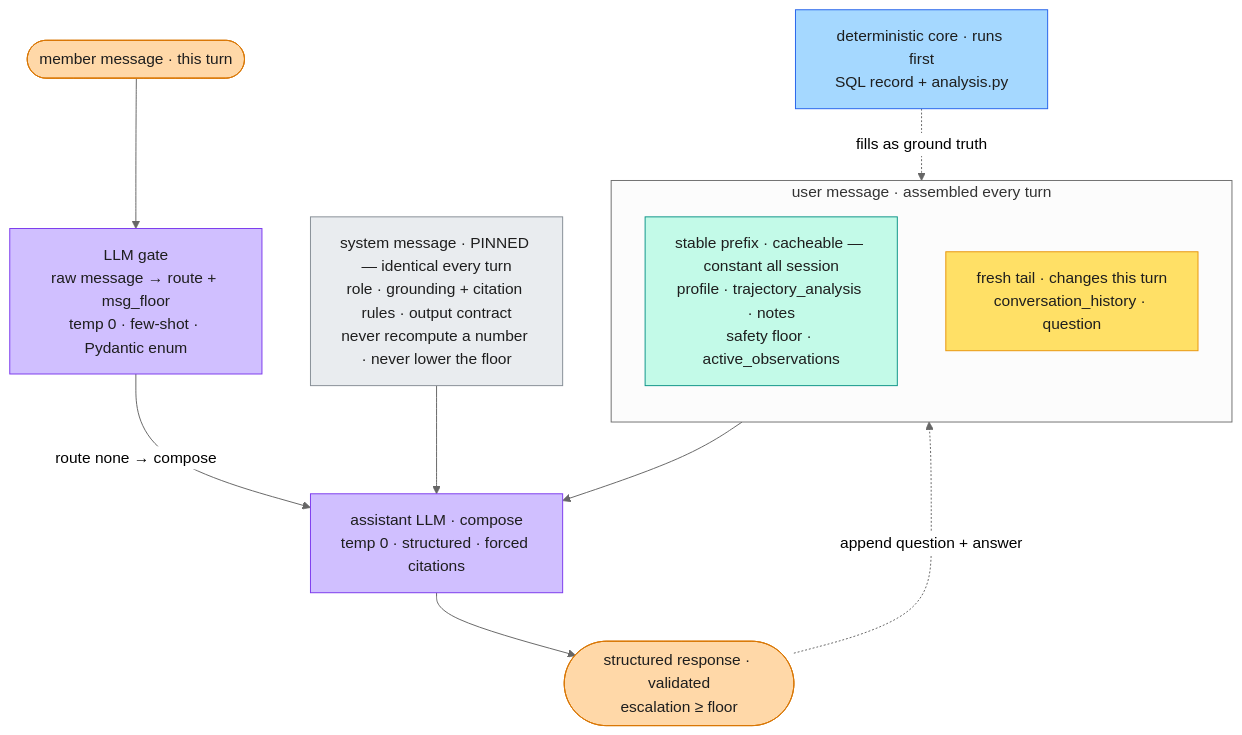
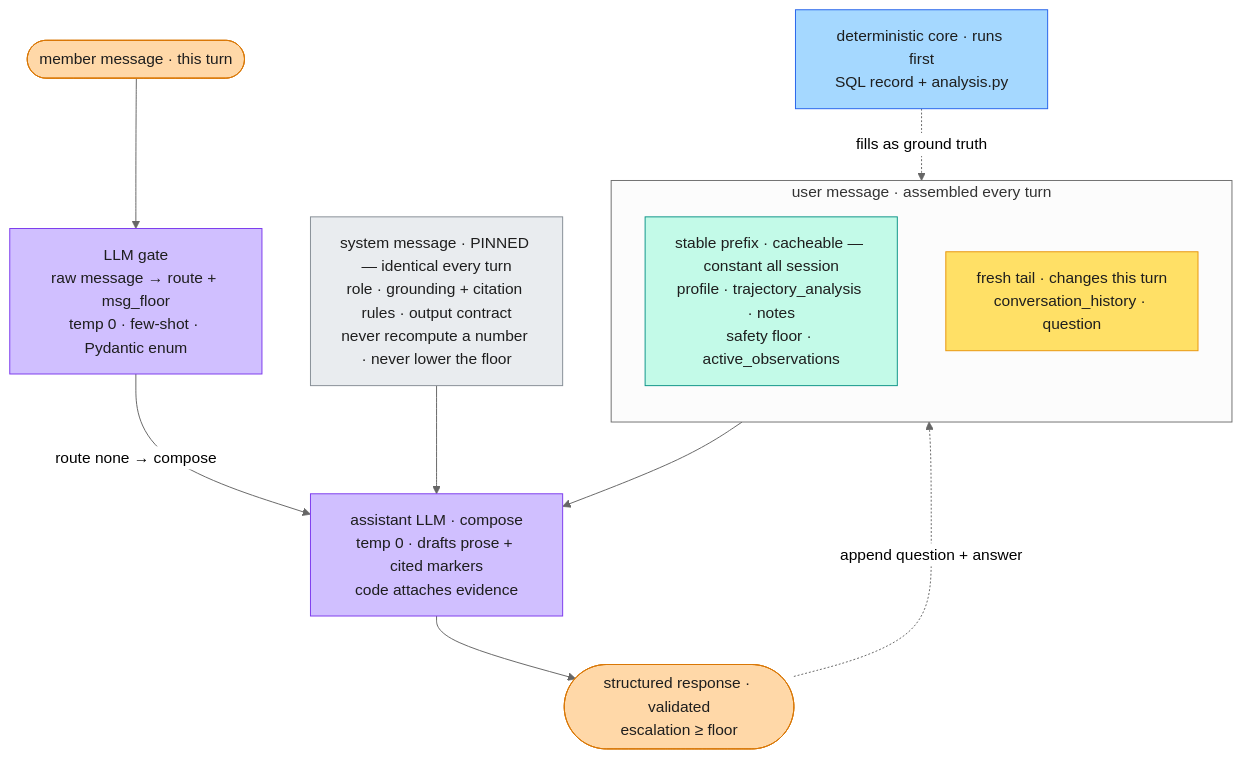
The fourth of 11 diagrams in docs/architecture.md (franalli/health-agent-lab), drawn with Mermaid (neutral theme) before and after one commit. The commit also changed other lines of this file and 25 other files, not shown here.

````diff
--- a/docs/architecture.md
+++ b/docs/architecture.md
@@ -172,25 +172,25 @@
 ```mermaid
 flowchart TB
   IN([member message · this turn]):::io --> GATE[LLM gate<br/>raw message → route + msg_floor<br/>temp 0 · few-shot · Pydantic enum]:::gen
-  GATE -->|route none → compose| ASST[assistant LLM · compose<br/>temp 0 · structured · forced citations]:::gen
+  GATE -->|route none → compose| ASST[assistant LLM · compose<br/>temp 0 · drafts prose + cited markers<br/>code attaches evidence]:::gen
 
   SYS[system message · PINNED — identical every turn<br/>role · grounding + citation rules · output contract<br/>never recompute a number · never lower the floor]:::frame --> ASST
 
   subgraph UMSG ["user message · assembled every turn"]
     direction TB
     PFX[stable prefix · cacheable — constant all session<br/>profile · trajectory_analysis · notes<br/>safety floor · active_observations]:::ctx
     TAIL[fresh tail · changes this turn<br/>conversation_history · question]:::fresh
   end
   UMSG --> ASST
 
   ASST --> OUT([structured response · validated<br/>escalation ≥ floor]):::io
   OUT -.->|append question + answer| TAIL
   CORE[deterministic core · runs first<br/>SQL record + analysis.py]:::det -.->|fills as ground truth| PFX
 
   classDef det fill:#a5d8ff,stroke:#2563eb,color:#1e1e1e
   classDef gen fill:#d0bfff,stroke:#7c3aed,color:#1e1e1e
   classDef io fill:#ffd8a8,stroke:#d97706,color:#1e1e1e
   classDef ctx fill:#c3fae8,stroke:#0d9488,color:#1e1e1e
   classDef fresh fill:#ffe066,stroke:#e8950c,color:#1e1e1e
   classDef frame fill:#e9ecef,stroke:#868e96,color:#1e1e1e
 ```
````
